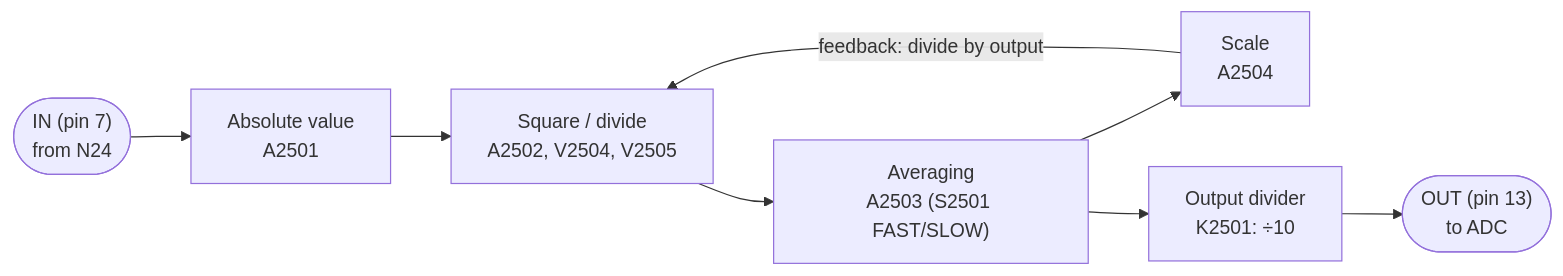
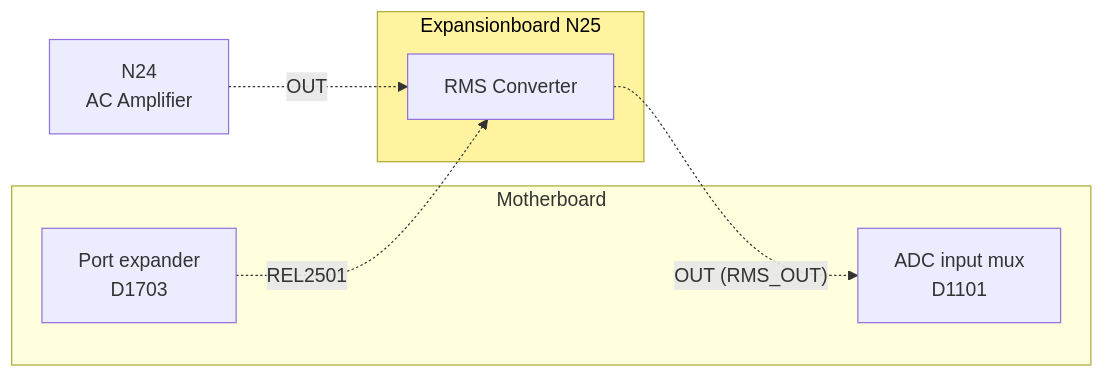
The diagram in Deepdive/N25/README.md (deqit/PhilipsPM2528), drawn with Mermaid before and after one commit. The commit also changed other lines of this file and 91 other files, not shown here.

````diff
--- a/Deepdive/N25/README.md
+++ b/Deepdive/N25/README.md
@@ -12,10 +15,15 @@
 ```mermaid
 flowchart LR
-    IN(["IN (pin 7)<br/>from N24"]) --> RECT["Absolute value<br/>A2501"]
-    RECT --> LOG["Square / divide<br/>A2502, V2504, V2505"]
-    LOG --> AVG["Averaging<br/>A2503 (S2501 FAST/SLOW)"]
-    AVG --> SCALE["Scale<br/>A2504"]
-    SCALE -- "feedback: divide by output" --> LOG
-    AVG --> DIV["Output divider<br/>K2501: ÷10"]
-    DIV --> OUT(["OUT (pin 13)<br/>to ADC"])
+    N24["N24<br/>AC Amplifier"]
+    subgraph N1["Motherboard"]
+        EXP["Port expander<br/>D1703"]
+        MUX["ADC input mux<br/>D1101"]
+    end
+    subgraph N25["Expansionboard N25"]
+        RMS["RMS Converter"]
+    end
+    N24 -. "OUT" .-> RMS
+    EXP -. "REL2501" .-> RMS
+    RMS -. "OUT (RMS_OUT)" .-> MUX
+    style N25 fill:#fff3a0,color:#000
 ```
````
